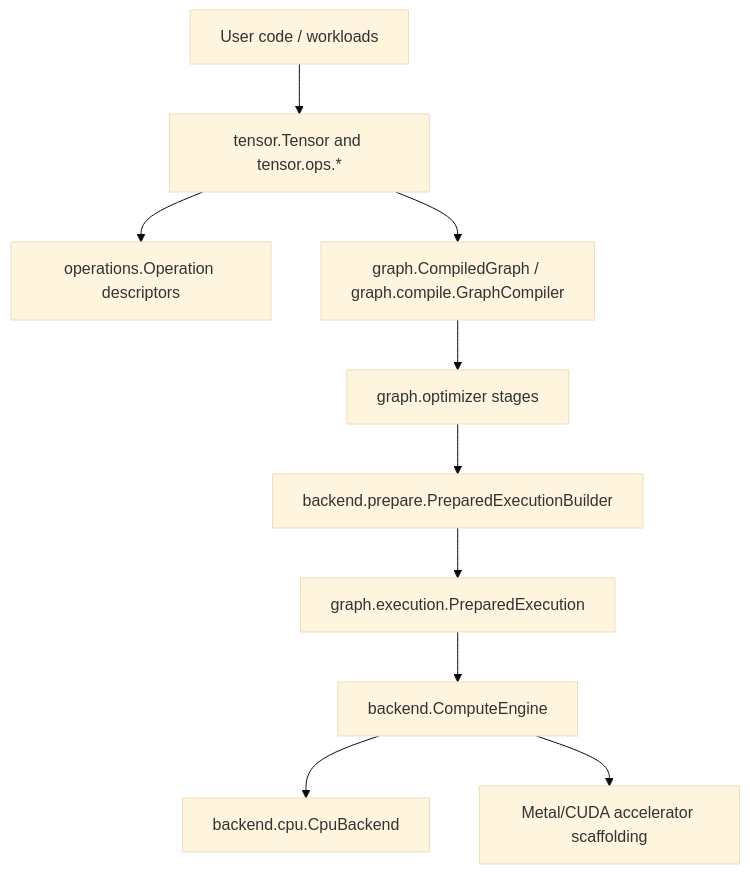
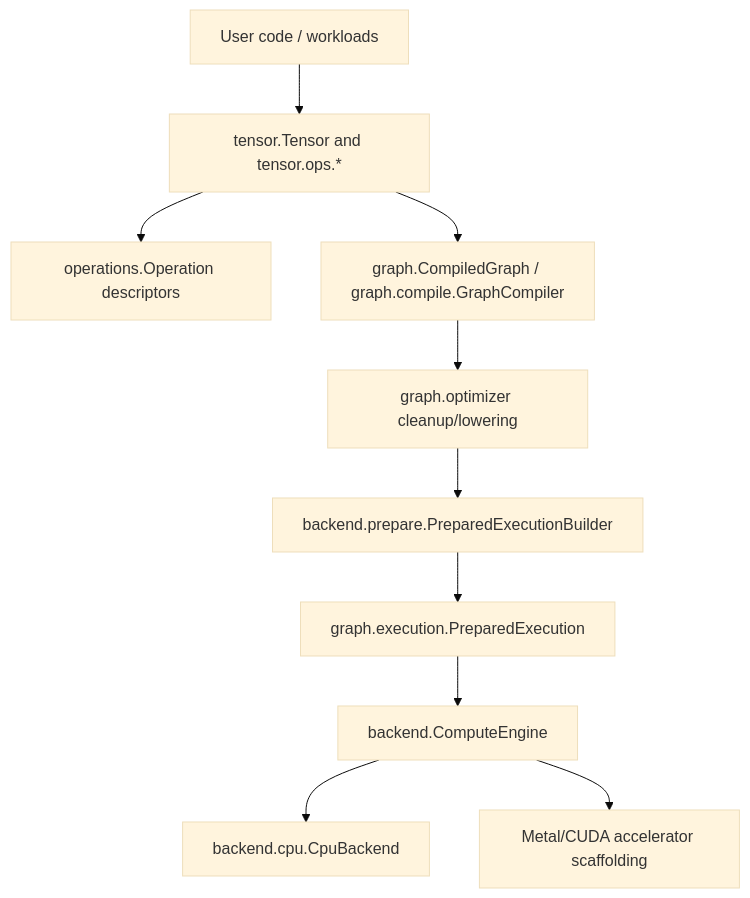
One commit to pho001/Synaptik changed the first of 6 diagrams in docs/architecture.md. Above: the diagram before and after it, drawn with Mermaid (base theme). The commit also changed other lines of this file and 34 other files, not shown here.

Commit message:
docs: align architecture with compile planning model

````diff
--- a/docs/architecture.md
+++ b/docs/architecture.md
@@ -37,23 +37,23 @@
 ```mermaid
 flowchart TD
     UserCode["User code / workloads"]
     Tensor["tensor.Tensor and tensor.ops.*"]
     Operation["operations.Operation descriptors"]
     Compiler["graph.CompiledGraph / graph.compile.GraphCompiler"]
-    Optimizer["graph.optimizer stages"]
+    Optimizer["graph.optimizer cleanup/lowering"]
     Prepare["backend.prepare.PreparedExecutionBuilder"]
     Execution["graph.execution.PreparedExecution"]
     Engine["backend.ComputeEngine"]
     CPU["backend.cpu.CpuBackend"]
     Accel["Metal/CUDA accelerator scaffolding"]
 
     UserCode --> Tensor
     Tensor --> Operation
     Tensor --> Compiler
     Compiler --> Optimizer
     Optimizer --> Prepare
     Prepare --> Execution
     Execution --> Engine
     Engine --> CPU
     Engine --> Accel
 ```
````
